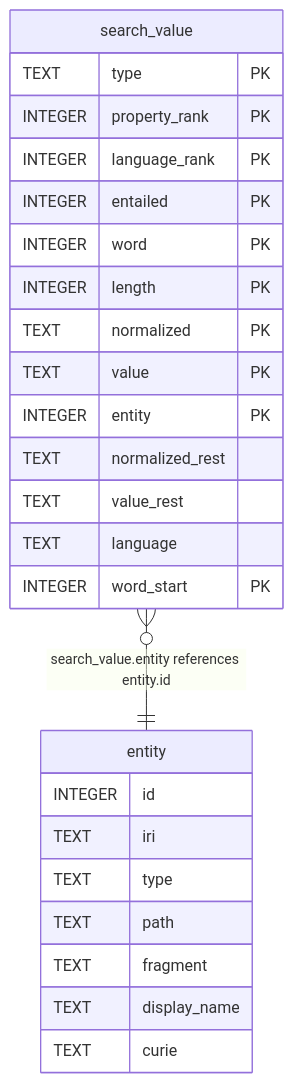
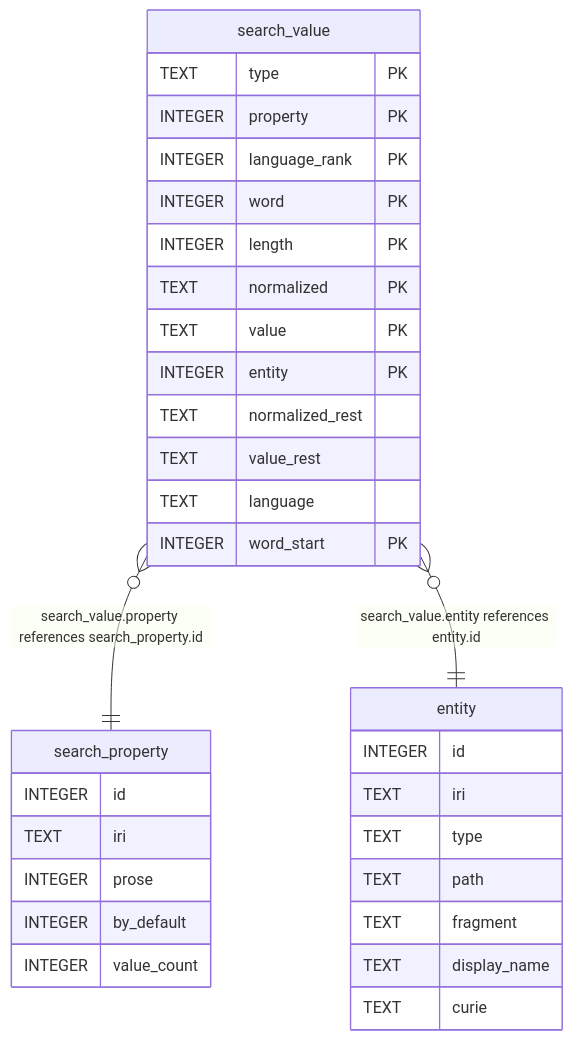
One commit to jclerman/browl changed the diagram in docs/schema/derived/search_value.md. Above: the diagram before and after it, drawn with Mermaid. The commit also changed other lines of this file and 10 other files, not shown here.

First line of the commit message:
P-42: document every annotation property's search

````diff
--- a/docs/schema/derived/search_value.md
+++ b/docs/schema/derived/search_value.md
@@ -73,30 +70,37 @@
 ```mermaid
 erDiagram
 
+"search_value" }o--|| "search_property" : "search_value.property references search_property.id"
 "search_value" }o--|| "entity" : "search_value.entity references entity.id"
 
 "search_value" {
   TEXT type PK
-  INTEGER property_rank PK
+  INTEGER property PK
   INTEGER language_rank PK
-  INTEGER entailed PK
   INTEGER word PK
   INTEGER length PK
   TEXT normalized PK
   TEXT value PK
   INTEGER entity PK
   TEXT normalized_rest
   TEXT value_rest
   TEXT language
   INTEGER word_start PK
+}
+"search_property" {
+  INTEGER id
+  TEXT iri
+  INTEGER prose
+  INTEGER by_default
+  INTEGER value_count
 }
 "entity" {
   INTEGER id
   TEXT iri
   TEXT type
   TEXT path
   TEXT fragment
   TEXT display_name
   TEXT curie
 }
 ```
````
